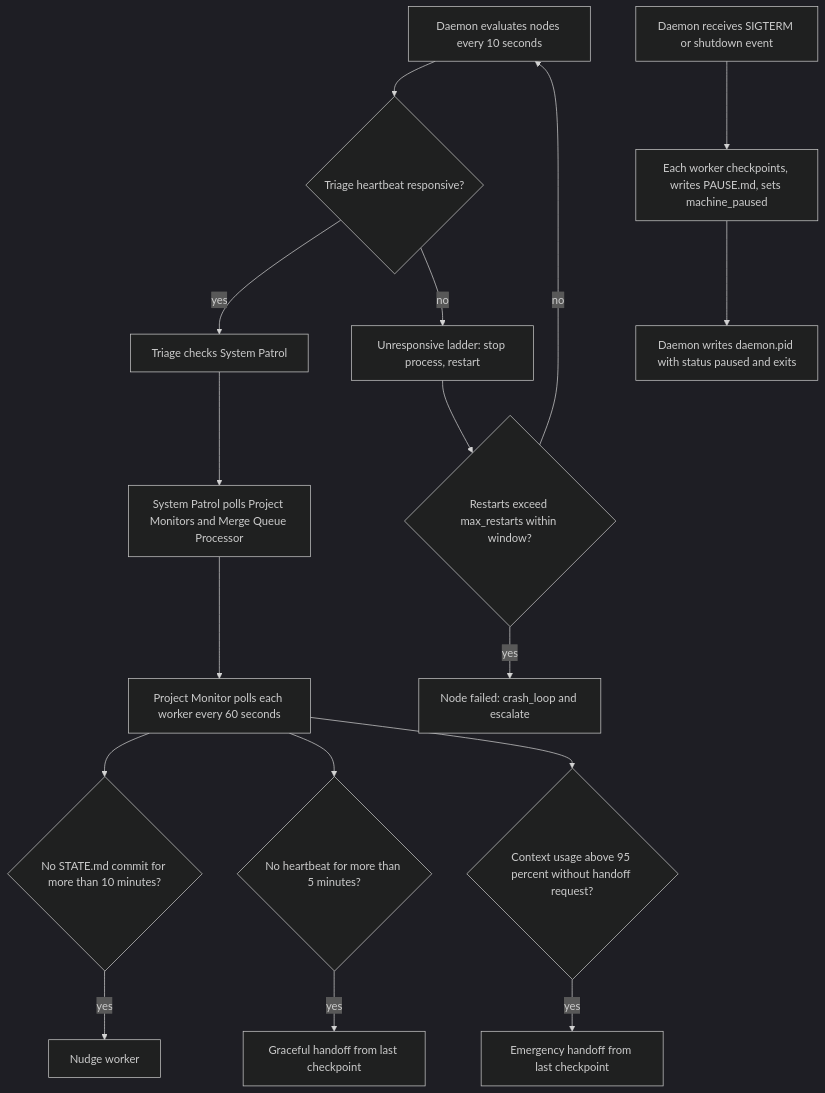
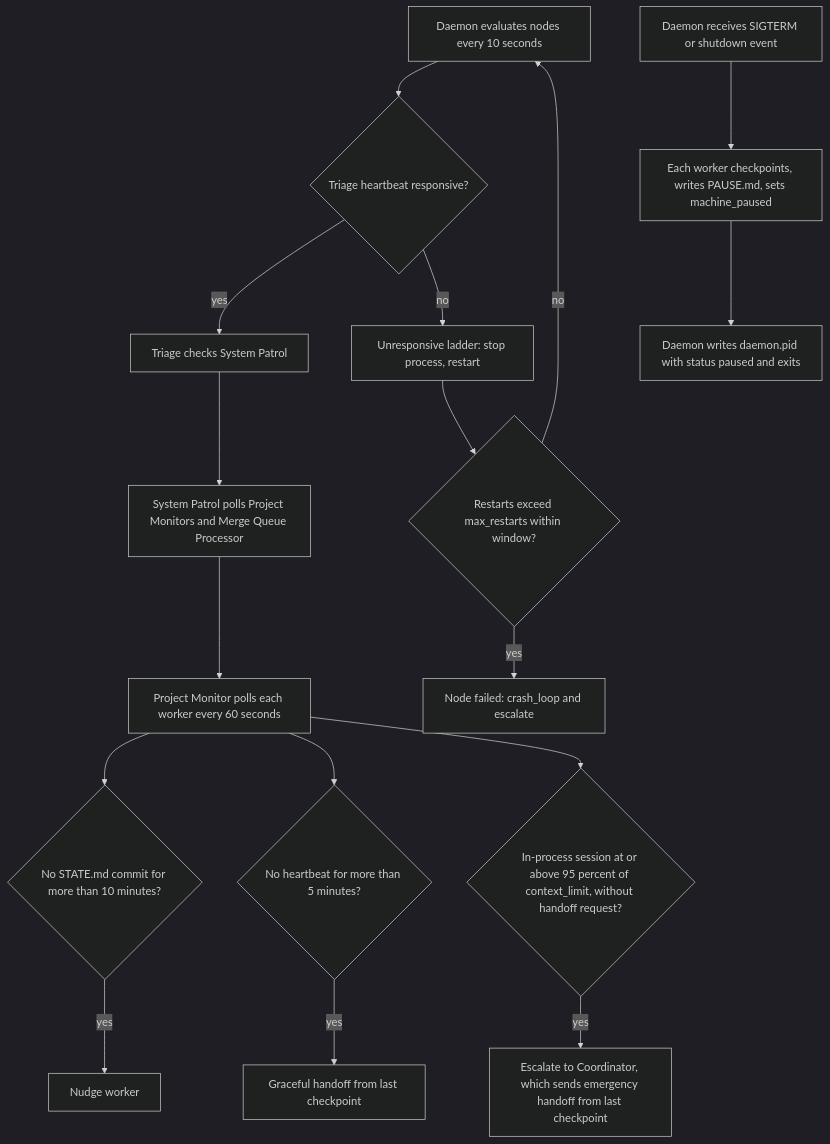
One commit to plaktoz/agentzero-v2-dev changed the diagram in umas/modules/monitoring/monitoring-spec.md. Above: the diagram before and after it, drawn with Mermaid (dark theme). The commit also changed other lines of this file and 168 other files, not shown here.

````diff
--- a/umas/modules/monitoring/monitoring-spec.md
+++ b/umas/modules/monitoring/monitoring-spec.md
@@ -84,19 +84,19 @@
 ```mermaid
 flowchart TD
     S1["Daemon evaluates nodes every 10 seconds"] --> S2{"Triage heartbeat responsive?"}
     S2 -- "yes" --> S3["Triage checks System Patrol"]
     S3 --> S4["System Patrol polls Project Monitors and Merge Queue Processor"]
     S4 --> S5["Project Monitor polls each worker every 60 seconds"]
     S5 --> Q1{"No STATE.md commit for more than 10 minutes?"}
     Q1 -- "yes" --> A1["Nudge worker"]
     S5 --> Q2{"No heartbeat for more than 5 minutes?"}
     Q2 -- "yes" --> A2["Graceful handoff from last checkpoint"]
-    S5 --> Q3{"Context usage above 95 percent without handoff request?"}
-    Q3 -- "yes" --> A3["Emergency handoff from last checkpoint"]
+    S5 --> Q3{"In-process session at or above 95 percent of context_limit, without handoff request?"}
+    Q3 -- "yes" --> A3["Escalate to Coordinator, which sends emergency handoff from last checkpoint"]
     S2 -- "no" --> U1["Unresponsive ladder: stop process, restart"]
     U1 --> U2{"Restarts exceed max_restarts within window?"}
     U2 -- "no" --> S1
     U2 -- "yes" --> U3["Node failed: crash_loop and escalate"]
     X1["Daemon receives SIGTERM or shutdown event"] --> X2["Each worker checkpoints, writes PAUSE.md, sets machine_paused"]
     X2 --> X3["Daemon writes daemon.pid with status paused and exits"]
 ```
````
